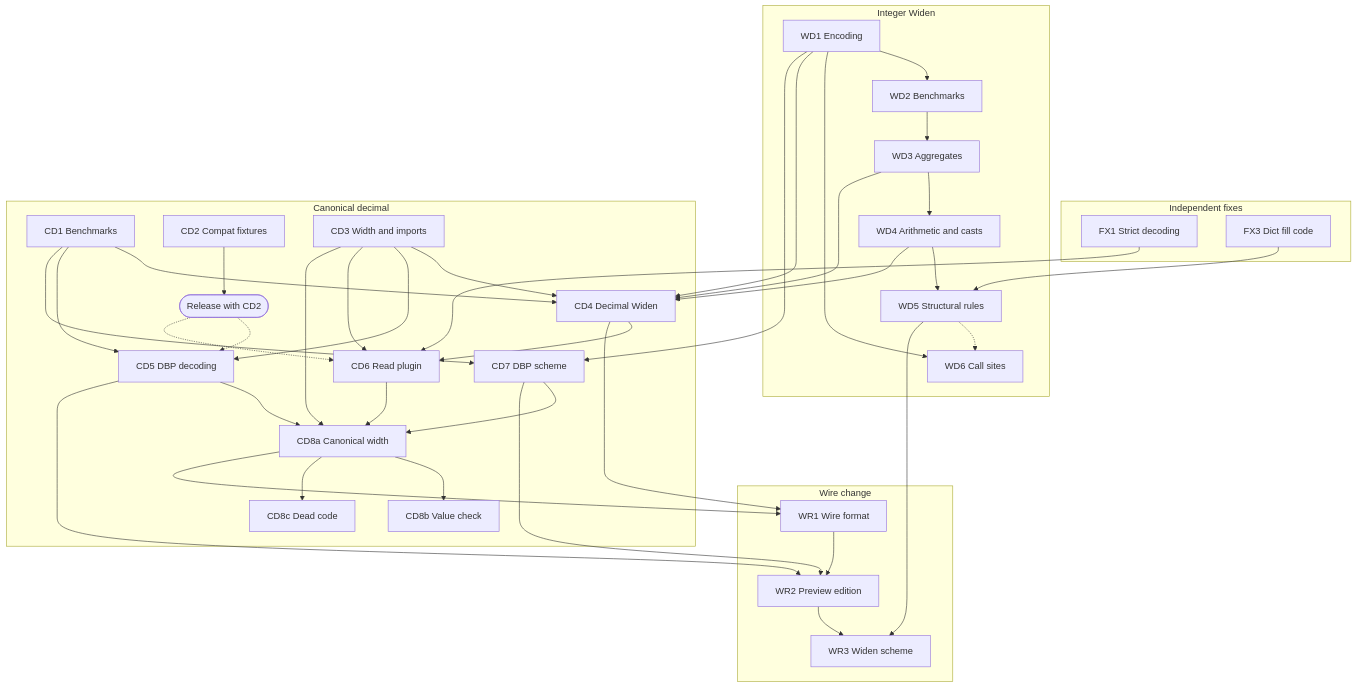
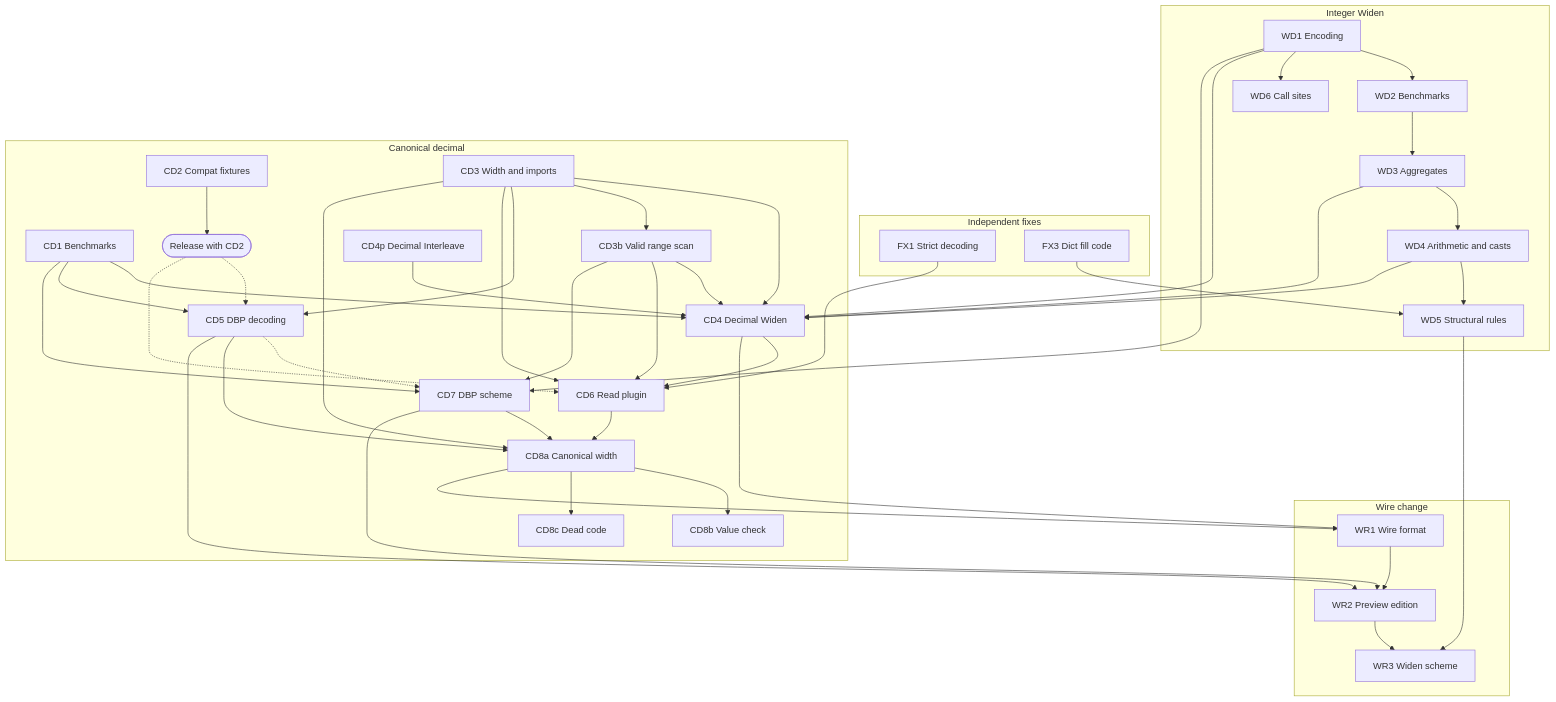
The diagram in research/decimal/04-implementation.md (vortex-data/vortex), drawn with Mermaid before and after one commit. The commit also changed other lines of this file and 5 other files, not shown here.

````diff
--- a/research/decimal/04-implementation.md
+++ b/research/decimal/04-implementation.md
@@ -106,66 +109,73 @@
 ```mermaid
 flowchart TD
     subgraph FIX["Independent fixes"]
         FX1["FX1 Strict decoding"]
         FX3["FX3 Dict fill code"]
     end
     subgraph NR["Integer Widen"]
         WD1["WD1 Encoding"]
         WD2["WD2 Benchmarks"]
         WD3["WD3 Aggregates"]
         WD4["WD4 Arithmetic and casts"]
         WD5["WD5 Structural rules"]
         WD6["WD6 Call sites"]
     end
     subgraph CD["Canonical decimal"]
         CD1["CD1 Benchmarks"]
         CD2["CD2 Compat fixtures"]
         REL(["Release with CD2"])
         CD3["CD3 Width and imports"]
+        CD3b["CD3b Valid range scan"]
+        CD4p["CD4p Decimal Interleave"]
         CD4["CD4 Decimal Widen"]
         CD5["CD5 DBP decoding"]
         CD6["CD6 Read plugin"]
         CD7["CD7 DBP scheme"]
         CD8a["CD8a Canonical width"]
         CD8b["CD8b Value check"]
         CD8c["CD8c Dead code"]
     end
     subgraph WR["Wire change"]
         WR1["WR1 Wire format"]
         WR2["WR2 Preview edition"]
         WR3["WR3 Widen scheme"]
     end
 
     WD1 --> WD2 --> WD3 --> WD4 --> WD5
     FX3 --> WD5
     WD1 --> WD6
-    WD5 -.-> WD6
     CD2 --> REL
     REL -.-> CD5
     REL -.-> CD6
     CD1 --> CD4
     CD3 --> CD4
+    CD3 --> CD3b
+    CD3b --> CD4
+    CD4p --> CD4
+    CD3b --> CD6
+    CD3b --> CD7
+    CD5 -.-> CD7
     WD1 --> CD4
     WD3 --> CD4
     WD4 --> CD4
     CD1 --> CD5
     CD3 --> CD5
     FX1 --> CD6
     CD3 --> CD6
     CD4 --> CD6
     WD1 --> CD7
     CD1 --> CD7
     CD3 --> CD8a
     CD5 --> CD8a
     CD6 --> CD8a
     CD7 --> CD8a
     CD8a --> CD8b
     CD8a --> CD8c
     CD8a --> WR1
     CD4 --> WR1
     WR1 --> WR2
     CD5 --> WR2
     CD7 --> WR2
     WR2 --> WR3
     WD5 --> WR3
 ```
````
